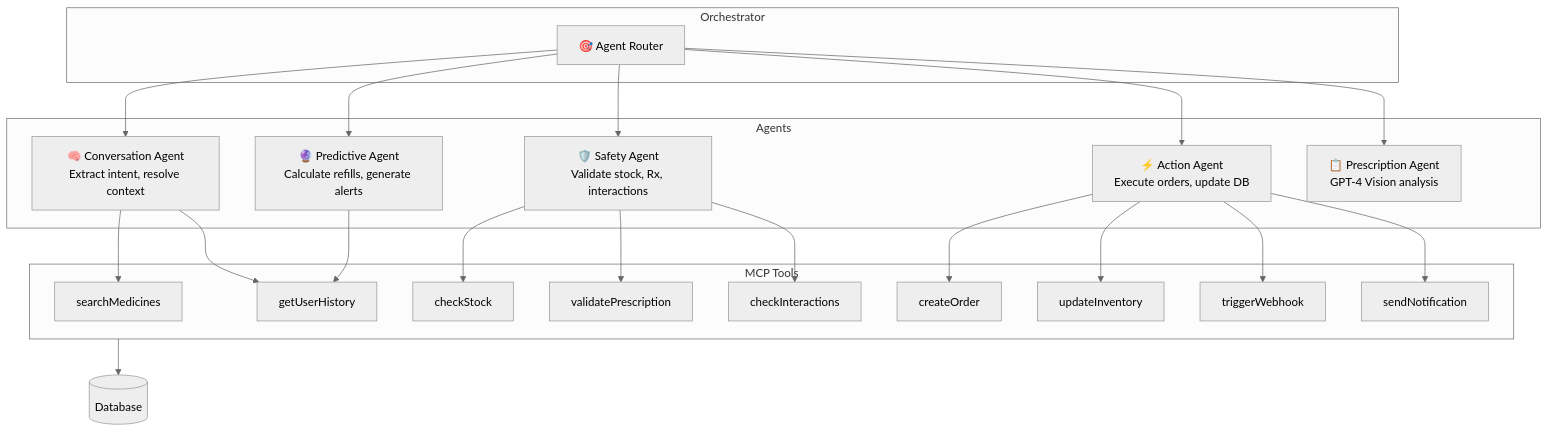
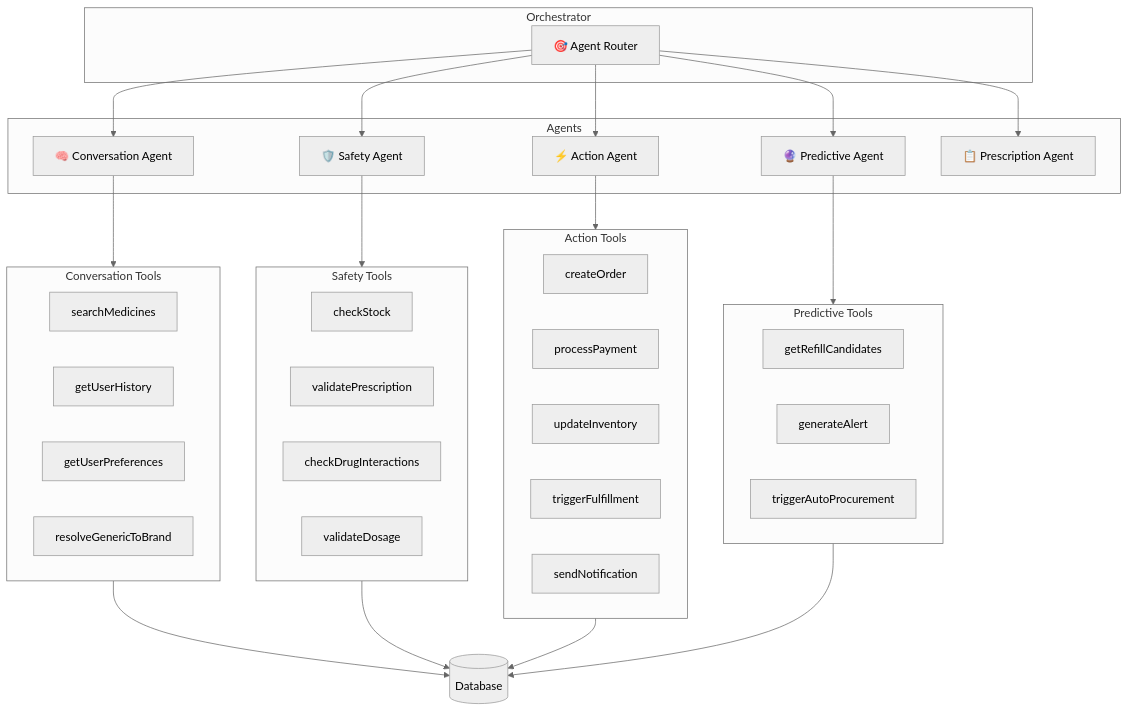
One commit to kartik-shirale/hackfusion-3 changed the third of 14 diagrams in README.md. Above: the diagram before and after it, drawn with Mermaid (neutral theme). The commit also changed other lines of this file, not shown here.

````diff
--- a/README.md
+++ b/README.md
@@ -131,35 +146,51 @@
 ```mermaid
 graph TB
     subgraph Orchestrator
         O[🎯 Agent Router]
     end
     
     subgraph Agents
-        CA[🧠 Conversation Agent<br/>Extract intent, resolve context]
-        SA[🛡️ Safety Agent<br/>Validate stock, Rx, interactions]
-        AA[⚡ Action Agent<br/>Execute orders, update DB]
-        PA[🔮 Predictive Agent<br/>Calculate refills, generate alerts]
-        PRA[📋 Prescription Agent<br/>GPT-4 Vision analysis]
+        CA[🧠 Conversation Agent]
+        SA[🛡️ Safety Agent]
+        AA[⚡ Action Agent]
+        PA[🔮 Predictive Agent]
+        PRA[📋 Prescription Agent]
     end
     
-    subgraph Tools["MCP Tools"]
+    subgraph ConvTools["Conversation Tools"]
         T1[searchMedicines]
         T2[getUserHistory]
-        T3[checkStock]
-        T4[validatePrescription]
-        T5[checkInteractions]
-        T6[createOrder]
-        T7[updateInventory]
-        T8[triggerWebhook]
-        T9[sendNotification]
+        T3[getUserPreferences]
+        T4[resolveGenericToBrand]
+    end
+    
+    subgraph SafetyTools["Safety Tools"]
+        T5[checkStock]
+        T6[validatePrescription]
+        T7[checkDrugInteractions]
+        T8[validateDosage]
+    end
+    
+    subgraph ActionTools["Action Tools"]
+        T9[createOrder]
+        T10[processPayment]
+        T11[updateInventory]
+        T12[triggerFulfillment]
+        T13[sendNotification]
+    end
+    
+    subgraph PredictTools["Predictive Tools"]
+        T14[getRefillCandidates]
+        T15[generateAlert]
+        T16[triggerAutoProcurement]
     end
     
     O --> CA & SA & AA & PA & PRA
     
-    CA --> T1 & T2
-    SA --> T3 & T4 & T5
-    AA --> T6 & T7 & T8 & T9
-    PA --> T2
+    CA --> ConvTools
+    SA --> SafetyTools
+    AA --> ActionTools
+    PA --> PredictTools
     
-    Tools --> DB[(Database)]
+    ConvTools & SafetyTools & ActionTools & PredictTools --> DB[(Database)]
 ```
````
